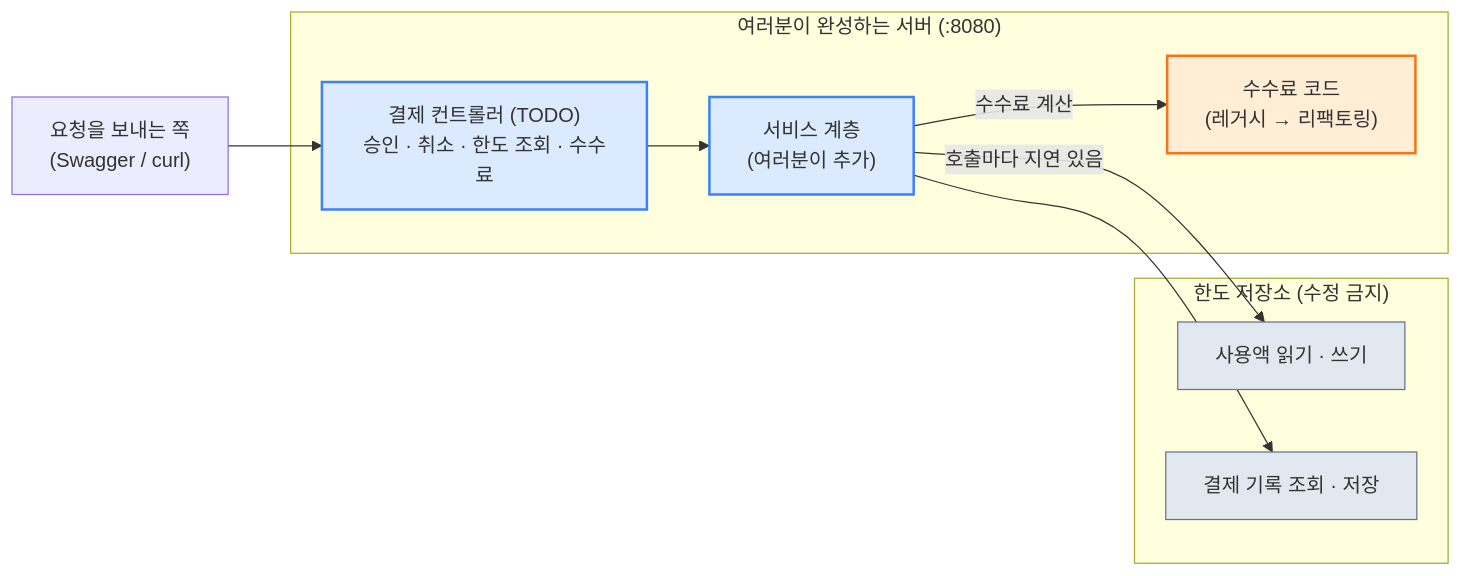
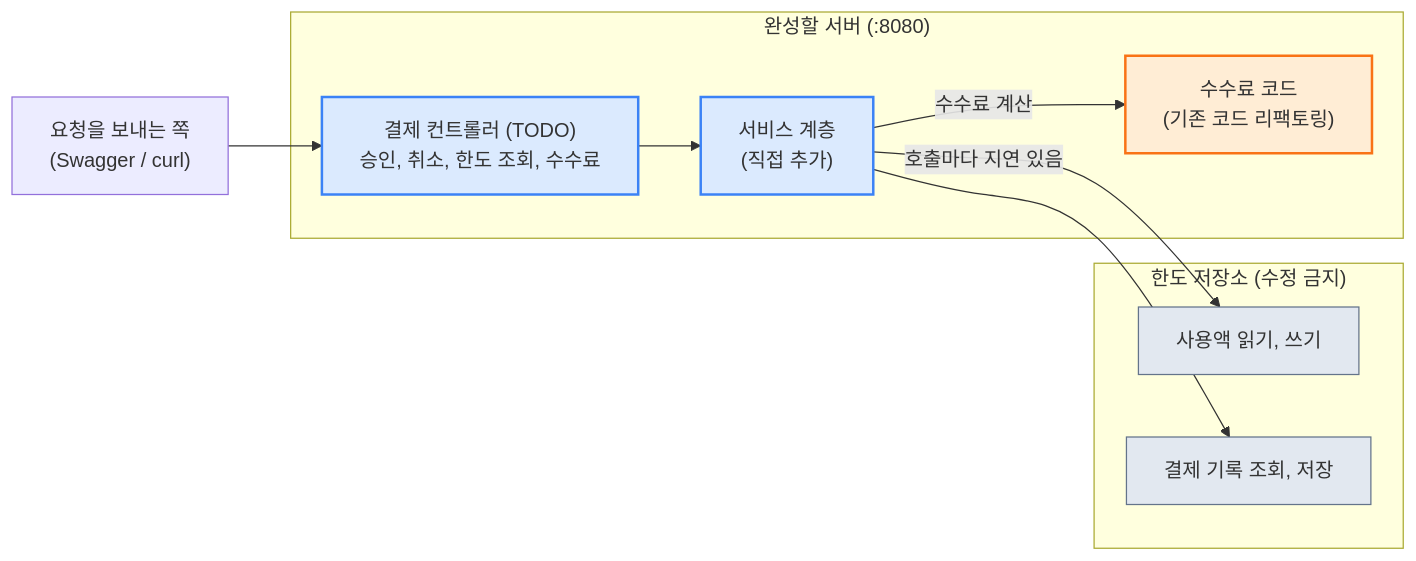
The diagram in README.md (DongHyunKIM-Hi/payment-limit-fee-assignment), drawn with Mermaid before and after one commit. The commit also changed other lines of this file and 1 other file, not shown here.

````diff
--- a/README.md
+++ b/README.md
@@ -77,26 +103,26 @@
 ```mermaid
 flowchart LR
     A["요청을 보내는 쪽<br/>(Swagger / curl)"]
 
-    subgraph SERVER["여러분이 완성하는 서버 (:8080)"]
-        B["결제 컨트롤러 (TODO)<br/>승인 · 취소 · 한도 조회 · 수수료"]
-        C["서비스 계층<br/>(여러분이 추가)"]
-        D["수수료 코드<br/>(레거시 → 리팩토링)"]
+    subgraph SERVER["완성할 서버 (:8080)"]
+        B["결제 컨트롤러 (TODO)<br/>승인, 취소, 한도 조회, 수수료"]
+        C["서비스 계층<br/>(직접 추가)"]
+        D["수수료 코드<br/>(기존 코드 리팩토링)"]
     end
 
     subgraph STORE["한도 저장소 (수정 금지)"]
-        E["사용액 읽기 · 쓰기"]
-        F["결제 기록 조회 · 저장"]
+        E["사용액 읽기, 쓰기"]
+        F["결제 기록 조회, 저장"]
     end
 
     A --> B --> C
     C -->|"수수료 계산"| D
     C -->|"호출마다 지연 있음"| E
     C --> F
 
     style B fill:#dbeafe,stroke:#3b82f6,stroke-width:2px
     style C fill:#dbeafe,stroke:#3b82f6,stroke-width:2px
     style D fill:#ffedd5,stroke:#f97316,stroke-width:2px
     style E fill:#e2e8f0,stroke:#64748b
     style F fill:#e2e8f0,stroke:#64748b
 ```
````
